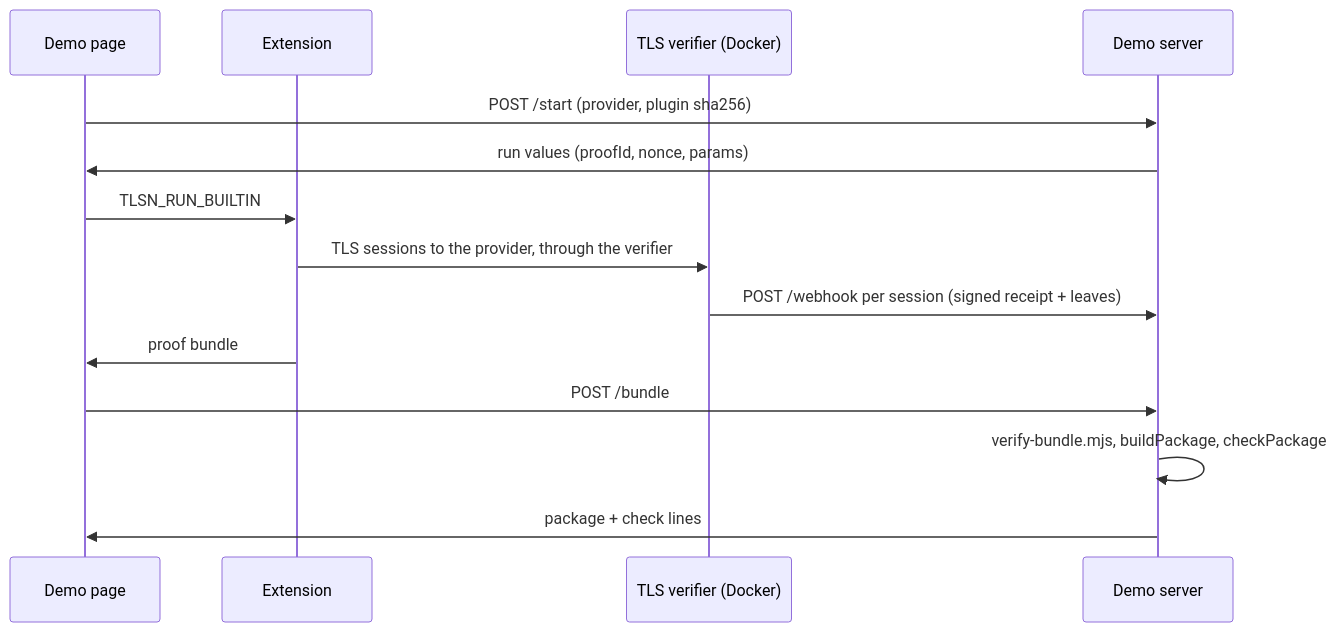
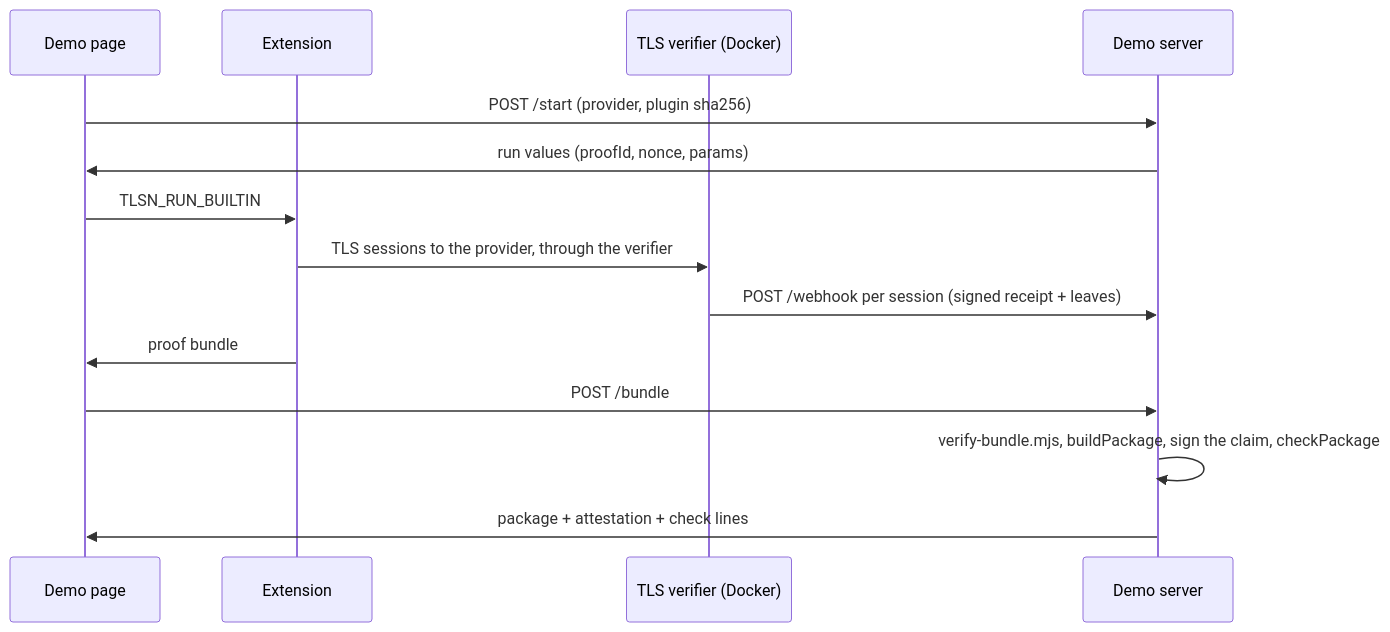
The diagram in examples/demo/README.md (arturo-clavero/16signals-verify), drawn with Mermaid before and after one commit. The commit also changed other lines of this file and 3 other files, not shown here.

Commit message:
feat(demo): sign each package's claim as the issuer

````diff
--- a/examples/demo/README.md
+++ b/examples/demo/README.md
@@ -6,16 +8,16 @@
 ```mermaid
 sequenceDiagram
   participant P as Demo page
   participant E as Extension
   participant V as TLS verifier (Docker)
   participant S as Demo server
   P->>S: POST /start (provider, plugin sha256)
   S->>P: run values (proofId, nonce, params)
   P->>E: TLSN_RUN_BUILTIN
   E->>V: TLS sessions to the provider, through the verifier
   V->>S: POST /webhook per session (signed receipt + leaves)
   E->>P: proof bundle
   P->>S: POST /bundle
-  S->>S: verify-bundle.mjs, buildPackage, checkPackage
-  S->>P: package + check lines
+  S->>S: verify-bundle.mjs, buildPackage, sign the claim, checkPackage
+  S->>P: package + attestation + check lines
 ```
````
